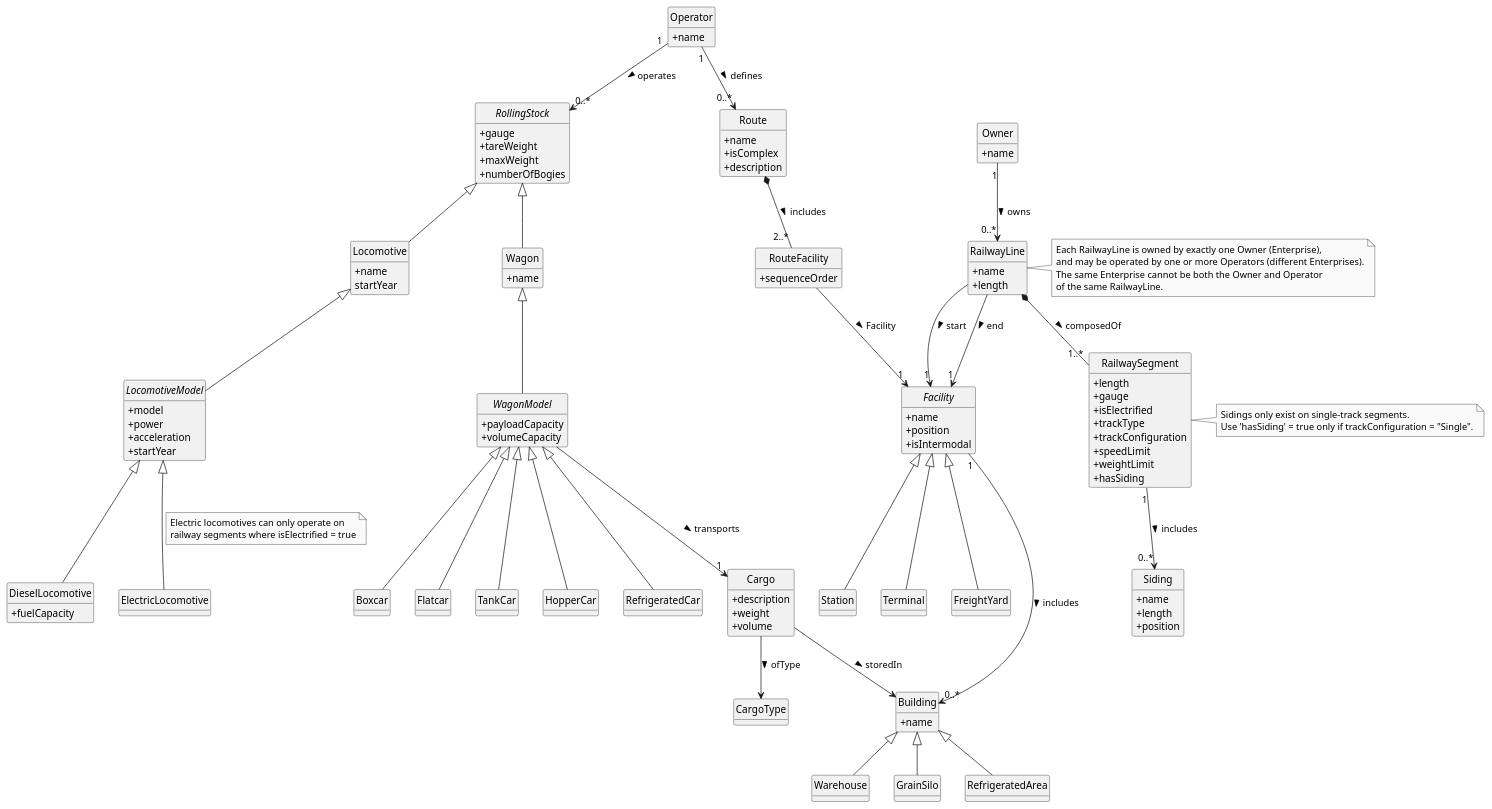
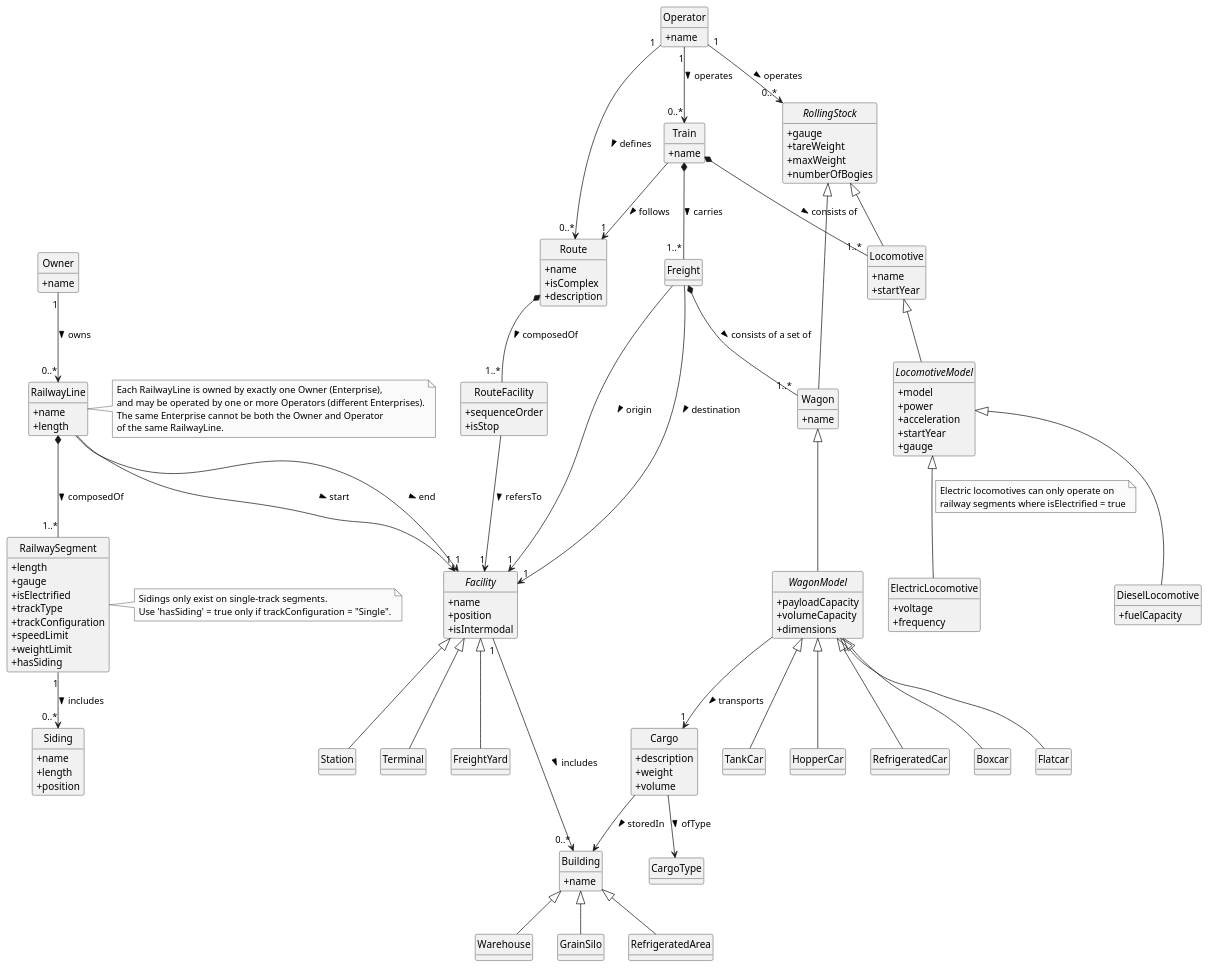
The diagram in definitive-structure/doc/global-artifacts/02.analysis/puml/domain-model.puml (goncalolopesp/sem3-pi-25-26-g093-repo), drawn with PlantUML before and after one commit. The commit also changed 1 other file, not shown here.

```diff
--- a/definitive-structure/doc/global-artifacts/02.analysis/puml/domain-model.puml
+++ b/definitive-structure/doc/global-artifacts/02.analysis/puml/domain-model.puml
@@ -65,11 +65,14 @@
   +power
   +acceleration
   +startYear
+  +gauge
 }
 class DieselLocomotive {
   +fuelCapacity
 }
 class ElectricLocomotive {
++voltage
++frequency
 }
 LocomotiveModel <|-- DieselLocomotive
 LocomotiveModel <|-- ElectricLocomotive
@@ -82,6 +85,7 @@
 abstract class WagonModel {
   +payloadCapacity
   +volumeCapacity
+  +dimensions
 }
 class Boxcar {}
 class Flatcar {}
@@ -109,16 +113,6 @@
 Cargo --> CargoType : ofType >
 WagonModel --> "1" Cargo : transports >
 
-class Route {
-  +name
-  +isComplex
-  +description
-}
-class RouteFacility {
-  +sequenceOrder
-}
-Route *-- "2..*" RouteFacility : includes >
-RouteFacility --> "1" Facility : Facility >
 
 class Building {
   +name
@@ -135,7 +129,6 @@
 
 
 Facility "1" --> "0..*" Building : includes >
-Operator "1" --> "0..*" Route : defines >
 Cargo --> Building : storedIn >
 
 note right of RailwayLine
@@ -160,15 +153,51 @@
 
 class Locomotive{
 +name
-startYear
++startYear
 }
 
 class Wagon{
 +name
 }
+
+class Freight{
+}
+
+class Train{
++name
+}
+
+Freight --> "1" Facility : origin >
+Freight --> "1" Facility : destination >
+
+Train *-- "1..*" Locomotive : consists of >
+Train *-- "1..*" Freight : carries >
+Operator "1" --> "0..*" Route : defines >
+Operator "1" --> "0..*" Train : operates >
+
+
+Freight *-- "1..*" Wagon : consists of a set of >
+
+class Route {
+  +name
+  +isComplex
+  +description
+}
+
+class RouteFacility {
+  +sequenceOrder
+  +isStop
+}
+
+Route *-- "1..*" RouteFacility : composedOf >
+RouteFacility --> "1" Facility : refersTo >
+
+Train --> "1" Route : follows >
+
 note right of RailwaySegment
   Sidings only exist on single-track segments.
   Use 'hasSiding' = true only if trackConfiguration = "Single".
 end note
 RailwaySegment "1" --> "0..*" Siding : includes >
+
 @enduml
```
